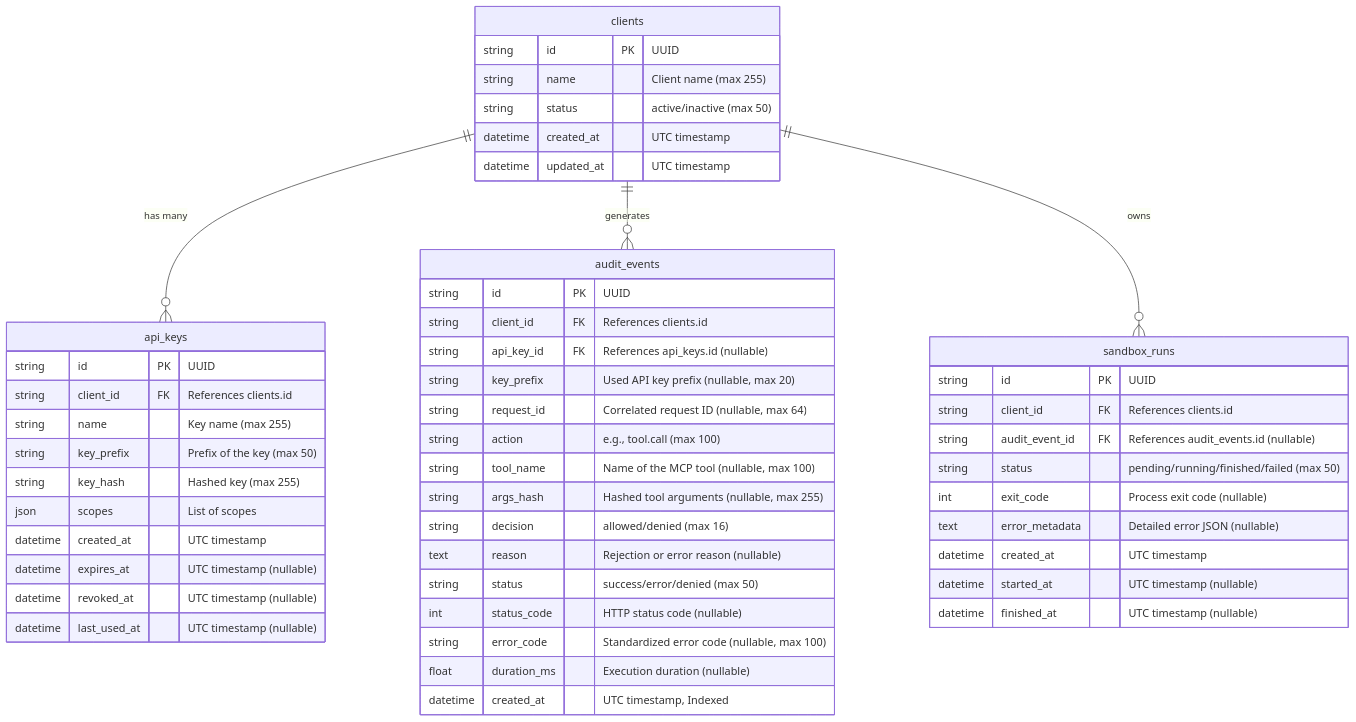
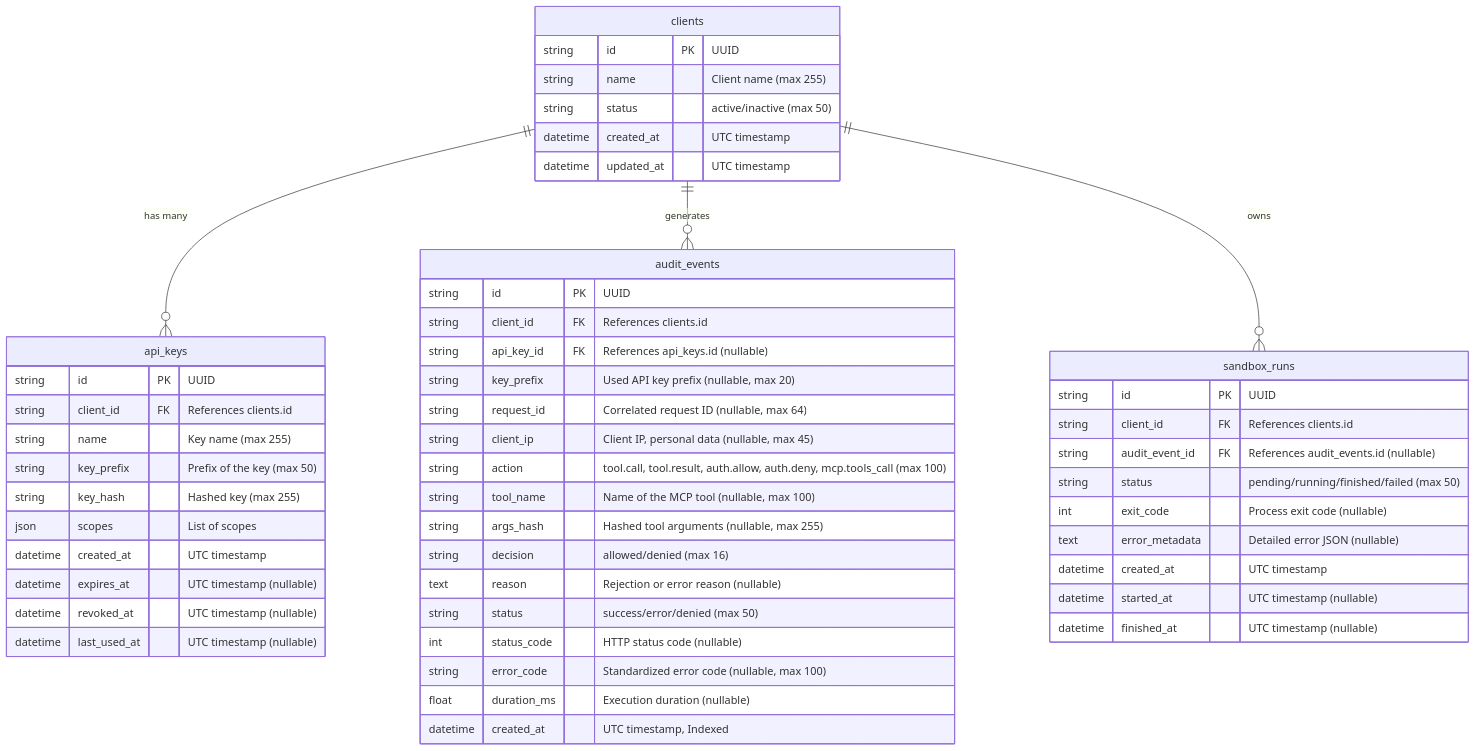
One commit to aneek22112007-tech/mcp-a2a-secure changed the diagram in docs/DATA_MODEL.md. Above: the diagram before and after it, drawn with Mermaid. The commit also changed other lines of this file and 26 other files, not shown here.

First line of the commit message:
feat(api): harden audit-first writes, client IP, and auth throttle

````diff
--- a/docs/DATA_MODEL.md
+++ b/docs/DATA_MODEL.md
@@ -7,57 +7,58 @@
 ```mermaid
 erDiagram
     clients ||--o{ api_keys : "has many"
     clients ||--o{ audit_events : "generates"
     clients ||--o{ sandbox_runs : "owns"
     
     clients {
         string id PK "UUID"
         string name "Client name (max 255)"
         string status "active/inactive (max 50)"
         datetime created_at "UTC timestamp"
         datetime updated_at "UTC timestamp"
     }
 
     api_keys {
         string id PK "UUID"
         string client_id FK "References clients.id"
         string name "Key name (max 255)"
         string key_prefix "Prefix of the key (max 50)"
         string key_hash "Hashed key (max 255)"
         json scopes "List of scopes"
         datetime created_at "UTC timestamp"
         datetime expires_at "UTC timestamp (nullable)"
         datetime revoked_at "UTC timestamp (nullable)"
         datetime last_used_at "UTC timestamp (nullable)"
     }
 
     audit_events {
         string id PK "UUID"
         string client_id FK "References clients.id"
         string api_key_id FK "References api_keys.id (nullable)"
         string key_prefix "Used API key prefix (nullable, max 20)"
         string request_id "Correlated request ID (nullable, max 64)"
-        string action "e.g., tool.call (max 100)"
+        string client_ip "Client IP, personal data (nullable, max 45)"
+        string action "tool.call, tool.result, auth.allow, auth.deny, mcp.tools_call (max 100)"
         string tool_name "Name of the MCP tool (nullable, max 100)"
         string args_hash "Hashed tool arguments (nullable, max 255)"
         string decision "allowed/denied (max 16)"
         text reason "Rejection or error reason (nullable)"
         string status "success/error/denied (max 50)"
         int status_code "HTTP status code (nullable)"
         string error_code "Standardized error code (nullable, max 100)"
         float duration_ms "Execution duration (nullable)"
         datetime created_at "UTC timestamp, Indexed"
     }
 
     sandbox_runs {
         string id PK "UUID"
         string client_id FK "References clients.id"
         string audit_event_id FK "References audit_events.id (nullable)"
         string status "pending/running/finished/failed (max 50)"
         int exit_code "Process exit code (nullable)"
         text error_metadata "Detailed error JSON (nullable)"
         datetime created_at "UTC timestamp"
         datetime started_at "UTC timestamp (nullable)"
         datetime finished_at "UTC timestamp (nullable)"
     }
 ```
````
